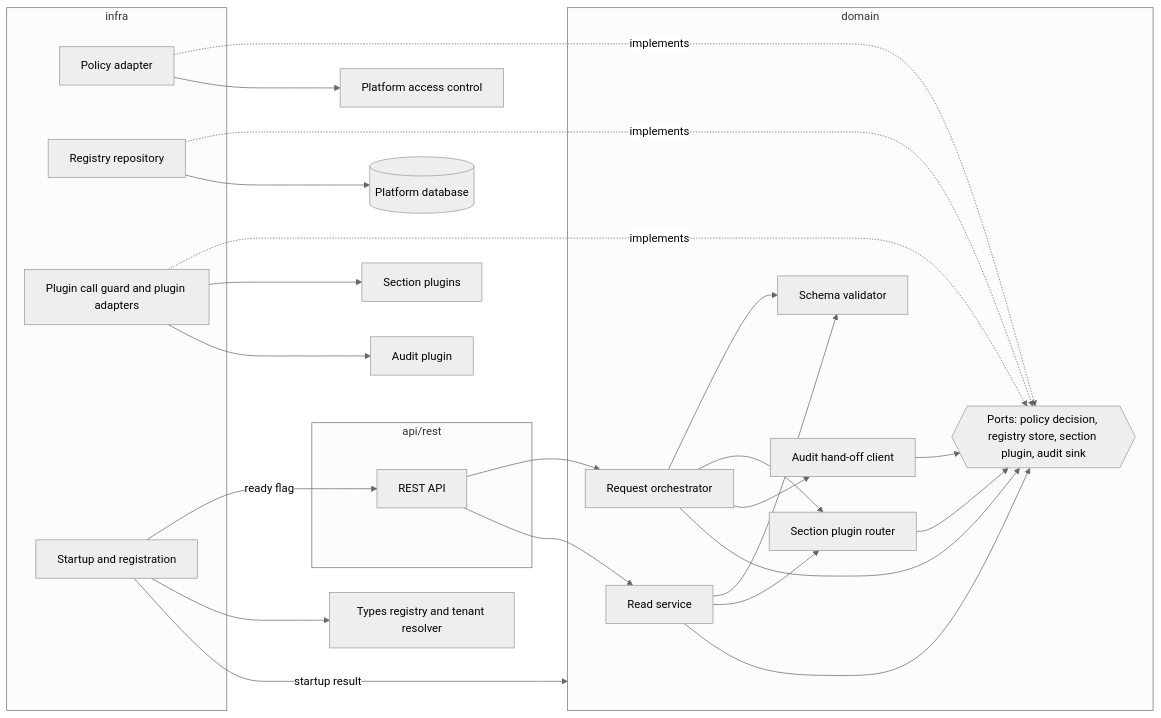
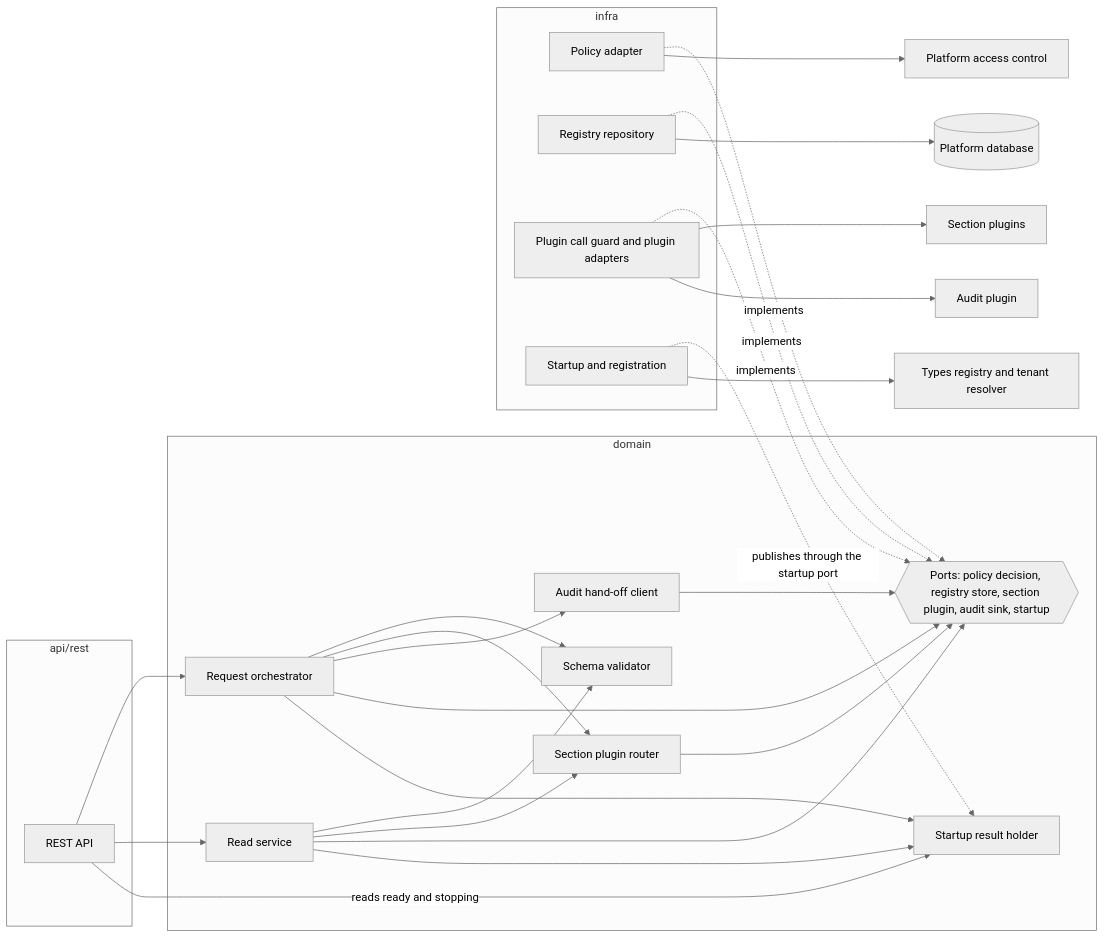
Before and after one commit to constructorfabric/gears-rust: the second of 9 diagrams in gears/system/application-manager/docs/DESIGN.md, drawn with Mermaid (neutral theme). The commit also changed other lines of this file and 1 other file, not shown here.

Commit message:
docs(application-manager): rework DESIGN; add startup retry to PRD

````diff
--- a/gears/system/application-manager/docs/DESIGN.md
+++ b/gears/system/application-manager/docs/DESIGN.md
@@ -396,41 +396,44 @@
 ```mermaid
 graph LR
     subgraph APIL["api/rest"]
         REST[REST API]
     end
     subgraph DOML["domain"]
         ORC[Request orchestrator]
         RS[Read service]
         VAL[Schema validator]
         SPR[Section plugin router]
         AUD[Audit hand-off client]
-        PORTS{{"Ports: policy decision, registry store, section plugin, audit sink"}}
+        SRH[Startup result holder]
+        PORTS{{"Ports: policy decision, registry store, section plugin, audit sink, startup"}}
     end
     subgraph INFL["infra"]
         POL[Policy adapter]
         REG[Registry repository]
         GUARD[Plugin call guard and plugin adapters]
         START[Startup and registration]
     end
     REST --> ORC
     REST --> RS
     ORC --> VAL
     RS --> VAL
     ORC --> SPR
     RS --> SPR
     ORC --> AUD
     ORC --> PORTS
     RS --> PORTS
     SPR --> PORTS
     AUD --> PORTS
     POL -. implements .-> PORTS
     REG -. implements .-> PORTS
     GUARD -. implements .-> PORTS
-    START -->|"startup result"| DOML
-    START -->|"ready flag"| REST
+    START -.->|"publishes through the startup port"| SRH
+    REST -->|"reads ready and stopping"| SRH
+    ORC --> SRH
+    RS --> SRH
     GUARD --> SP[Section plugins]
     GUARD --> AP[Audit plugin]
     POL --> PDP[Platform access control]
     REG --> DB[(Platform database)]
     START --> TY[Types registry and tenant resolver]
 ```
````
